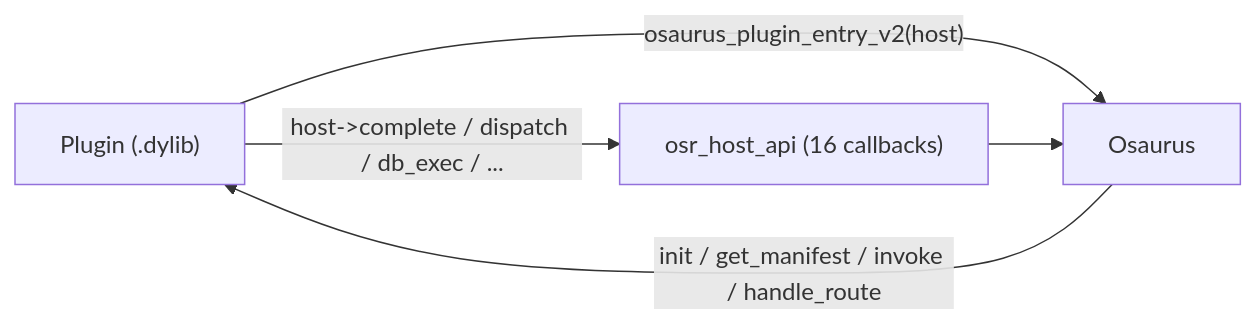
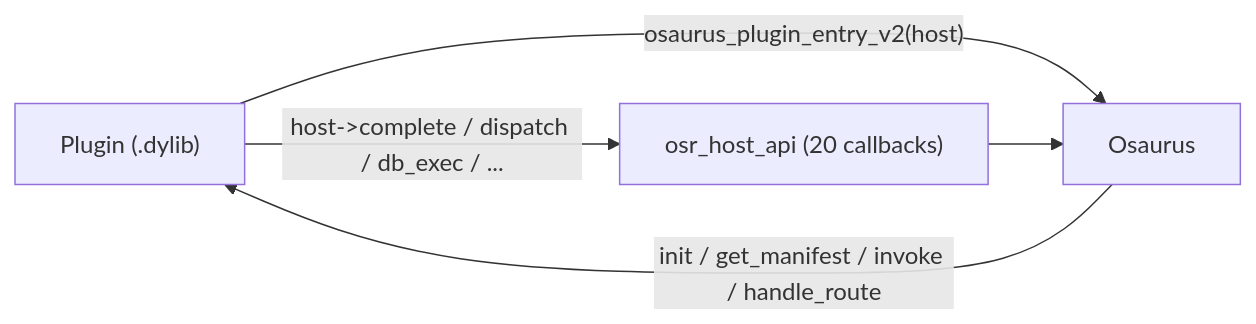
Before and after one commit to codingwatching/osaurus: the diagram in docs/PLUGIN_AUTHORING.md, drawn with Mermaid. The commit also changed other lines of this file and 10 other files, not shown here.

````diff
--- a/docs/PLUGIN_AUTHORING.md
+++ b/docs/PLUGIN_AUTHORING.md
@@ -44,7 +44,7 @@
 ```mermaid
 graph LR
     Plugin["Plugin (.dylib)"] -- "osaurus_plugin_entry_v2(host)" --> Osaurus
     Osaurus -- "init / get_manifest / invoke / handle_route" --> Plugin
-    Plugin -- "host->complete / dispatch / db_exec / ..." --> HostAPI["osr_host_api (16 callbacks)"]
+    Plugin -- "host->complete / dispatch / db_exec / ..." --> HostAPI["osr_host_api (20 callbacks)"]
     HostAPI --> Osaurus
 ```
````
